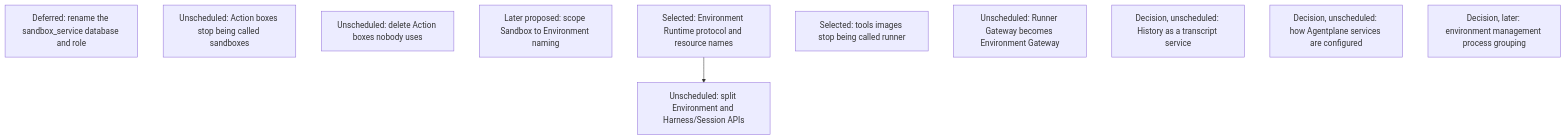
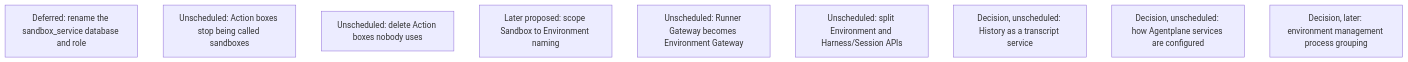
Before and after one commit to agentydragon/ducktape: the tenth of 18 diagrams in agentplane/plans/task_dag.md, drawn with Mermaid. The commit also changed other lines of this file, not shown here.

Commit message:
docs(agentplane): burn down environment rename DAG

````diff
--- a/agentplane/plans/task_dag.md
+++ b/agentplane/plans/task_dag.md
@@ -1891,15 +1891,12 @@
 ```mermaid
 flowchart TD
     HISTORY_DATABASE_RENAME[Deferred: rename the sandbox_service database and role]
     ACTION_BOX_RENAME[Unscheduled: Action boxes stop being called sandboxes]
     ACTION_BOX_IDLE_REAPER[Unscheduled: delete Action boxes nobody uses]
     SANDBOX_ENVIRONMENT_RENAME_DESIGN[Later proposed: scope Sandbox to Environment naming]
-    RUNNER_RENAME[Selected: Environment Runtime protocol and resource names]
-    RUNNER_IMAGES_RENAME[Selected: tools images stop being called runner]
     RUNNER_GATEWAY_RENAME[Unscheduled: Runner Gateway becomes Environment Gateway]
     ENVIRONMENT_RUNTIME_SERVICE_SPLIT[Unscheduled: split Environment and Harness/Session APIs]
-    RUNNER_RENAME --> ENVIRONMENT_RUNTIME_SERVICE_SPLIT
     HISTORY_SERVICE_RENAME[Decision, unscheduled: History as a transcript service]
     SERVICE_SETTINGS_RETHINK[Decision, unscheduled: how Agentplane services are configured]
     ENV_MANAGEMENT_PROCESS_CONSOLIDATION_DESIGN[Decision, later: environment management process grouping]
 ```
````
